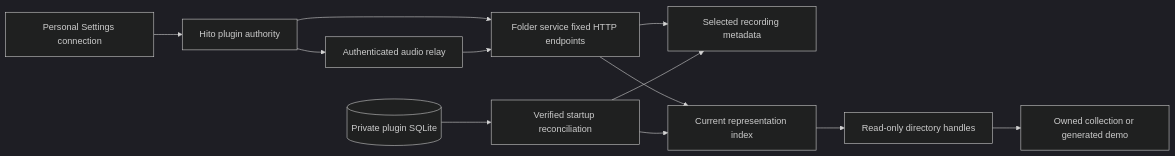
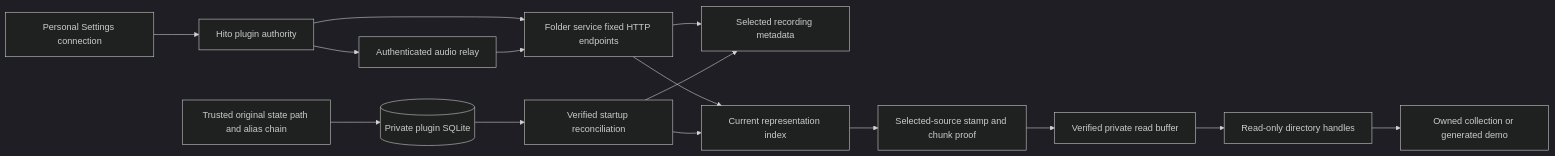
Before and after one commit to acidiney/hitoapp: the diagram in docs/plugin-folder.md, drawn with Mermaid (dark theme). The commit also changed other lines of this file and 3 other files, not shown here.

Commit message:
Record verified plugin integration and remaining release work

````diff
--- a/docs/plugin-folder.md
+++ b/docs/plugin-folder.md
@@ -74,14 +74,17 @@
 ```mermaid
 flowchart LR
     Settings[Personal Settings connection] --> Hito[Hito plugin authority]
     Hito --> HTTP[Folder service fixed HTTP endpoints]
     HTTP --> Metadata[Selected recording metadata]
     HTTP --> Sources[Current representation index]
-    Registry[(Private plugin SQLite)] --> Catalog[Verified startup reconciliation]
+    State[Trusted original state path and alias chain] --> Registry[(Private plugin SQLite)]
+    Registry --> Catalog[Verified startup reconciliation]
     Catalog --> Metadata
     Catalog --> Sources
-    Sources --> Handles[Read-only directory handles]
+    Sources --> Proof[Selected-source stamp and chunk proof]
+    Proof --> Read[Verified private read buffer]
+    Read --> Handles[Read-only directory handles]
     Handles --> Collection[Owned collection or generated demo]
     Hito --> Relay[Authenticated audio relay]
     Relay --> HTTP
 ```
````
